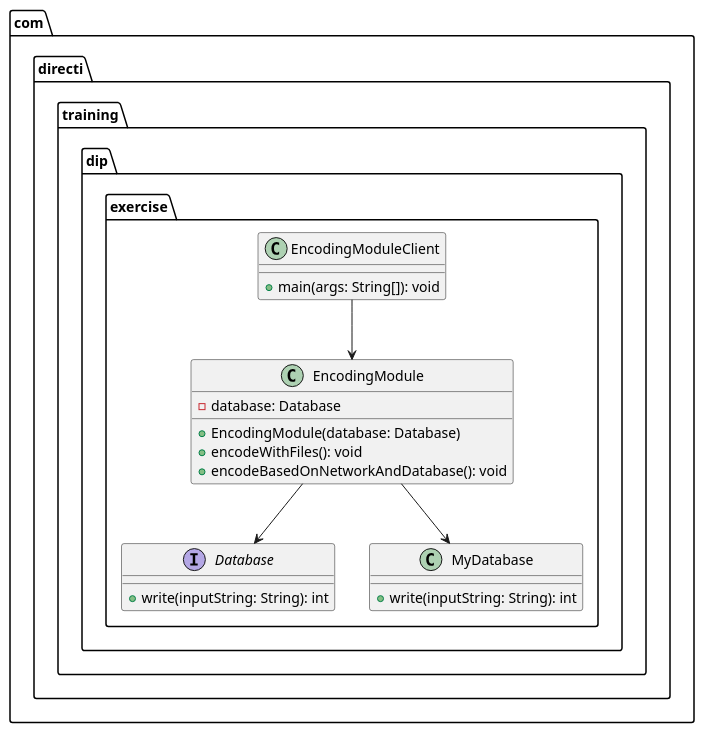
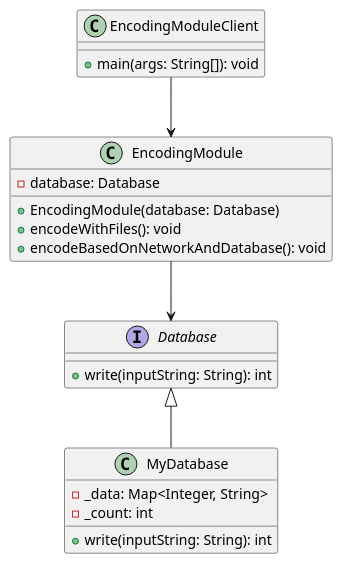
Before and after one commit to EyaRidene/TP_SOLID: the diagram in DIP/src/com/directi/training/dip/exercise_refactored/UML/dip.plantuml, drawn with PlantUML. The commit also changed 8 other files, not shown here.

```diff
--- a/DIP/src/com/directi/training/dip/exercise_refactored/UML/dip.plantuml
+++ b/DIP/src/com/directi/training/dip/exercise_refactored/UML/dip.plantuml
@@ -1,28 +1,26 @@
 @startuml
-
-package "com.directi.training.dip.exercise" {
-    interface Database {
-        + write(inputString: String): int
-    }
-
-    class EncodingModule {
-        - database: Database
-        + EncodingModule(database: Database)
-        + encodeWithFiles(): void
-        + encodeBasedOnNetworkAndDatabase(): void
-    }
-
-    class EncodingModuleClient {
-        + main(args: String[]): void
-    }
-
-    class MyDatabase {
-        + write(inputString: String): int
-    }
+interface Database {
+    +write(inputString: String): int
 }
 
+class EncodingModule {
+    -database: Database
+    +EncodingModule(database: Database)
+    +encodeWithFiles(): void
+    +encodeBasedOnNetworkAndDatabase(): void
+}
+
+class EncodingModuleClient {
+    +main(args: String[]): void
+}
+
+class MyDatabase {
+    -_data: Map<Integer, String>
+    -_count: int
+    +write(inputString: String): int
+}
+
+Database <|-- MyDatabase
 EncodingModule --> Database
-EncodingModule --> MyDatabase
 EncodingModuleClient --> EncodingModule
-
 @enduml
```
